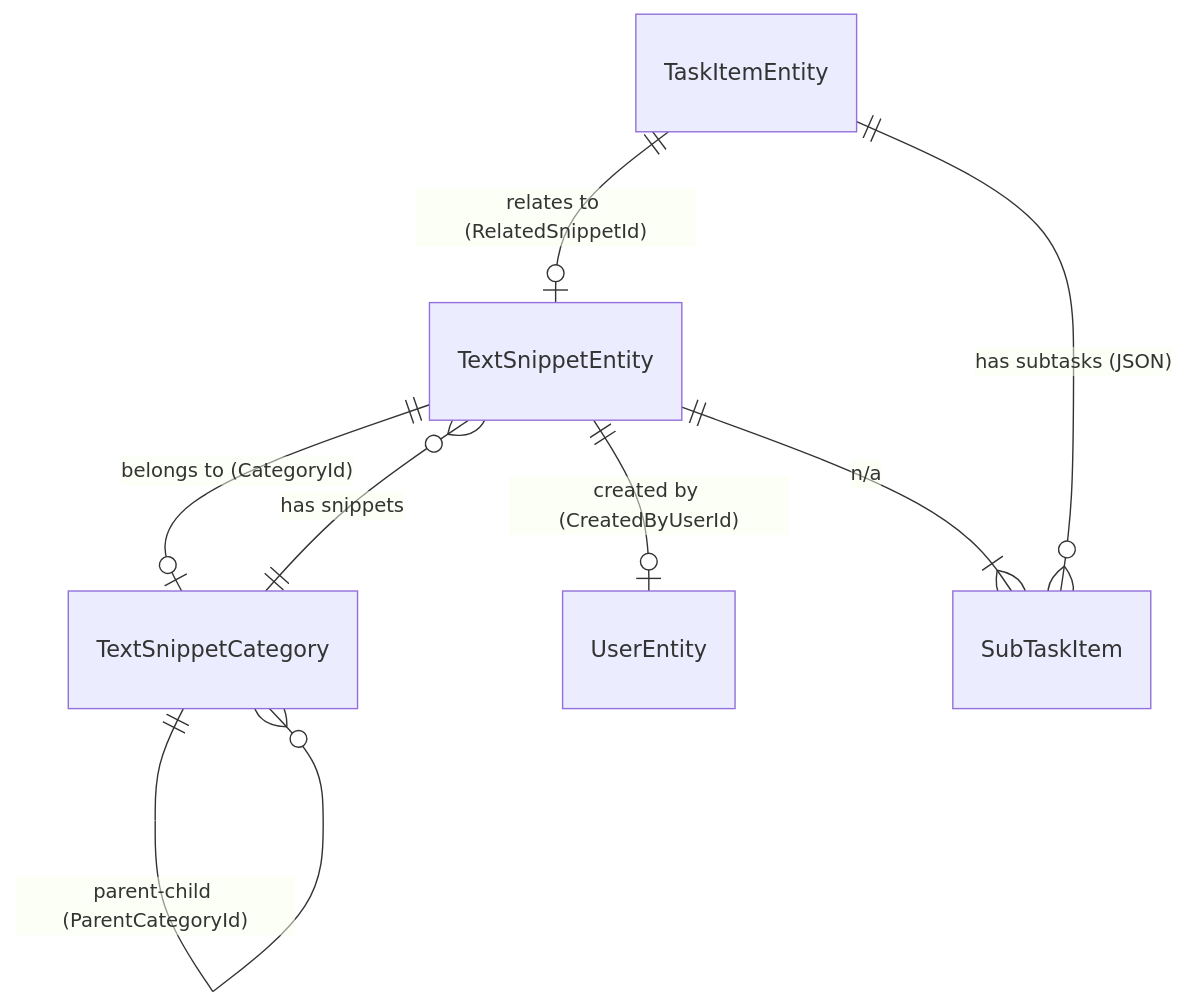
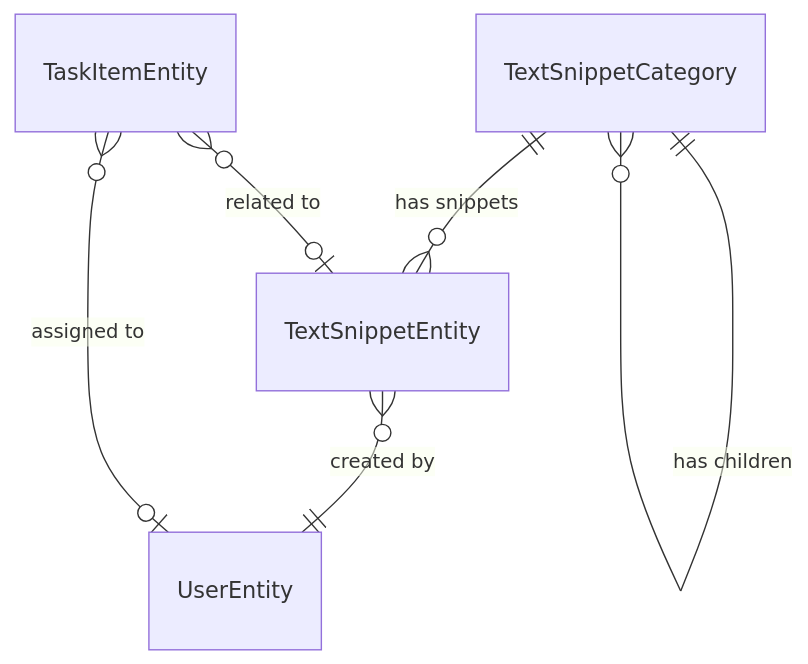
Before and after one commit to duc01226/EasyPlatform: the diagram in docs/project-reference/domain-entities-reference.md, drawn with Mermaid. The commit also changed other lines of this file and 45 other files, not shown here.

First line of the commit message:
chore(claude): add project config summary injection, gate graph hooks on config state

````diff
--- a/docs/project-reference/domain-entities-reference.md
+++ b/docs/project-reference/domain-entities-reference.md
@@ -288,10 +48,8 @@
 ```mermaid
 erDiagram
-    TextSnippetEntity ||--o| TextSnippetCategory : "belongs to (CategoryId)"
-    TextSnippetCategory ||--o{ TextSnippetCategory : "parent-child (ParentCategoryId)"
     TextSnippetCategory ||--o{ TextSnippetEntity : "has snippets"
-    TaskItemEntity ||--o| TextSnippetEntity : "relates to (RelatedSnippetId)"
-    TextSnippetEntity ||--o| UserEntity : "created by (CreatedByUserId)"
-    TextSnippetEntity ||--|{ SubTaskItem : "n/a"
-    TaskItemEntity ||--o{ SubTaskItem : "has subtasks (JSON)"
+    TextSnippetCategory ||--o{ TextSnippetCategory : "has children"
+    TextSnippetEntity }o--|| UserEntity : "created by"
+    TaskItemEntity }o--o| TextSnippetEntity : "related to"
+    TaskItemEntity }o--o| UserEntity : "assigned to"
 ```
````
